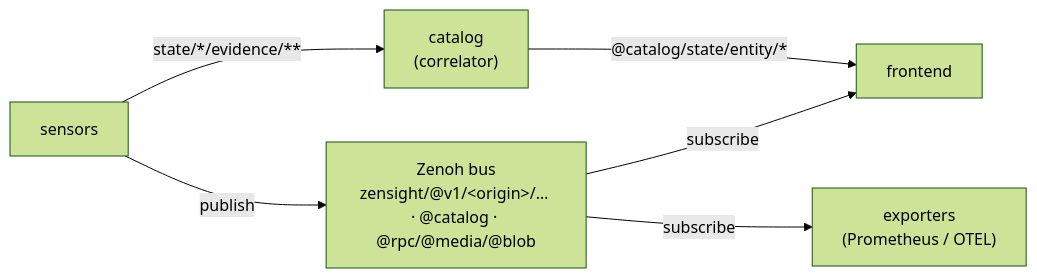
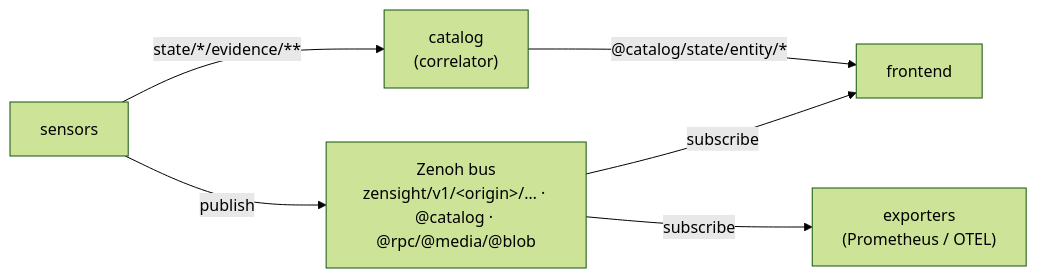
The diagram in CLAUDE.md (p13marc/zensight), drawn with Mermaid (forest theme) before and after one commit. The commit also changed other lines of this file and 135 other files, not shown here.

````diff
--- a/CLAUDE.md
+++ b/CLAUDE.md
@@ -77,8 +77,8 @@
 ```mermaid
 flowchart LR
-    S["sensors"] -- publish --> BUS["Zenoh bus<br/>zensight/@v1/&lt;origin&gt;/… · @catalog · @rpc/@media/@blob"]
+    S["sensors"] -- publish --> BUS["Zenoh bus<br/>zensight/v1/&lt;origin&gt;/… · @catalog · @rpc/@media/@blob"]
     BUS -- subscribe --> FE["frontend"]
     BUS -- subscribe --> EX["exporters<br/>(Prometheus / OTEL)"]
     S -- "state/*/evidence/**" --> COR["catalog<br/>(correlator)"]
     COR -- "@catalog/state/entity/*" --> FE
 ```
````
